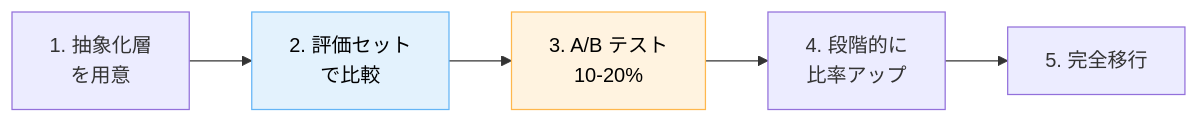
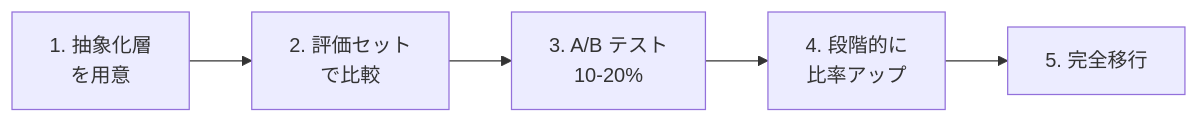
The second of 2 diagrams in docs/case-studies/llm-モデル-プロバイダー切り替え時の互換性問題と段階移行.md (dinekt/dinekt-wiki), drawn with Mermaid before and after one commit. The commit also changed other lines of this file and 70 other files, not shown here.

First line of the commit message:
fix(mermaid): strip all inline styling, rely on theme

````diff
--- a/docs/case-studies/llm-モデル-プロバイダー切り替え時の互換性問題と段階移行.md
+++ b/docs/case-studies/llm-モデル-プロバイダー切り替え時の互換性問題と段階移行.md
@@ -78,10 +77,8 @@
 ```mermaid
 flowchart LR
     S1[1. 抽象化層<br/>を用意] --> S2[2. 評価セット<br/>で比較]
     S2 --> S3[3. A/B テスト<br/>10-20%]
     S3 --> S4[4. 段階的に<br/>比率アップ]
     S4 --> S5[5. 完全移行]
 
-    style S2 fill:#e3f2fd,stroke:#64b5f6,color:#000
-    style S3 fill:#fff3e0,stroke:#ffb74d,color:#000
 ```
````
